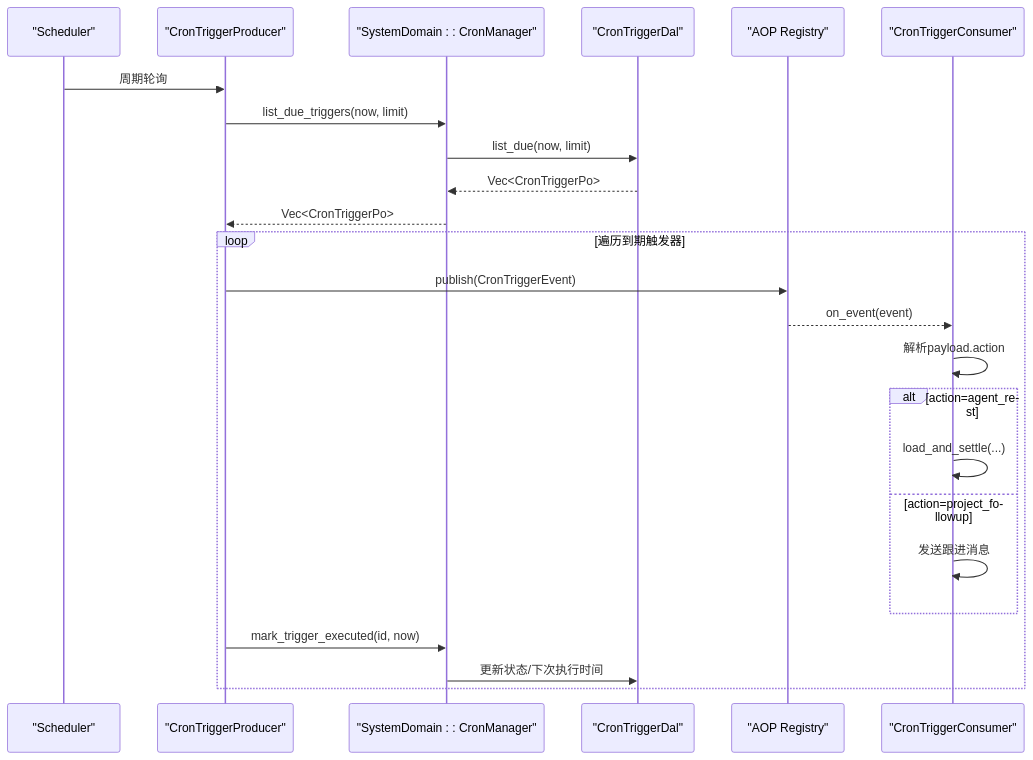
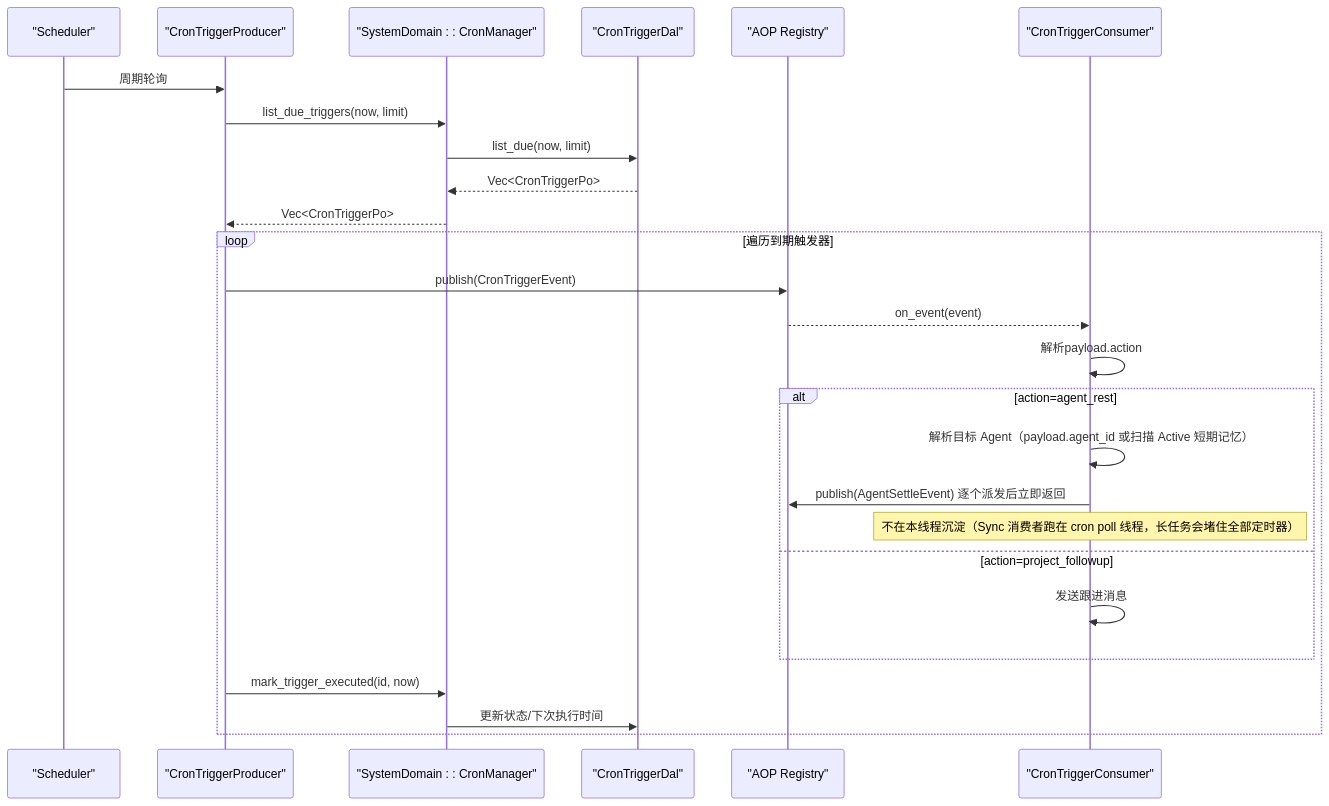
The second of 5 diagrams in docs/wiki/zh/content/基础设施/AOP 事件系统/事件消费者/调度器消费者.md (runningcoders/ai_orz), drawn with Mermaid before and after one commit. The commit also changed other lines of this file and 2 other files, not shown here.

Commit message:
docs(wiki): 记忆沉淀机制/调度器消费者/沉淀知识卡 — 对齐 agent_settle 事件化

````diff
--- a/docs/wiki/zh/content/基础设施/AOP 事件系统/事件消费者/调度器消费者.md
+++ b/docs/wiki/zh/content/基础设施/AOP 事件系统/事件消费者/调度器消费者.md
@@ -98,26 +98,28 @@
 ```mermaid
 sequenceDiagram
 participant Sch as "Scheduler"
 participant Prod as "CronTriggerProducer"
 participant Dom as "SystemDomain : : CronManager"
 participant Dal as "CronTriggerDal"
 participant Reg as "AOP Registry"
 participant Cons as "CronTriggerConsumer"
 Sch->>Prod : 周期轮询
 Prod->>Dom : list_due_triggers(now, limit)
 Dom->>Dal : list_due(now, limit)
 Dal-->>Dom : Vec<CronTriggerPo>
 Dom-->>Prod : Vec<CronTriggerPo>
 loop 遍历到期触发器
 Prod->>Reg : publish(CronTriggerEvent)
 Reg-->>Cons : on_event(event)
 Cons->>Cons : 解析payload.action
 alt action=agent_rest
-Cons->>Cons : load_and_settle(...)
+Cons->>Cons : 解析目标 Agent（payload.agent_id 或扫描 Active 短期记忆）
+Cons->>Reg : publish(AgentSettleEvent) 逐个派发后立即返回
+Note over Cons : 不在本线程沉淀（Sync 消费者跑在 cron poll 线程，长任务会堵住全部定时器）
 else action=project_followup
 Cons->>Cons : 发送跟进消息
 end
 Prod->>Dom : mark_trigger_executed(id, now)
 Dom->>Dal : 更新状态/下次执行时间
 end
 ```
````
